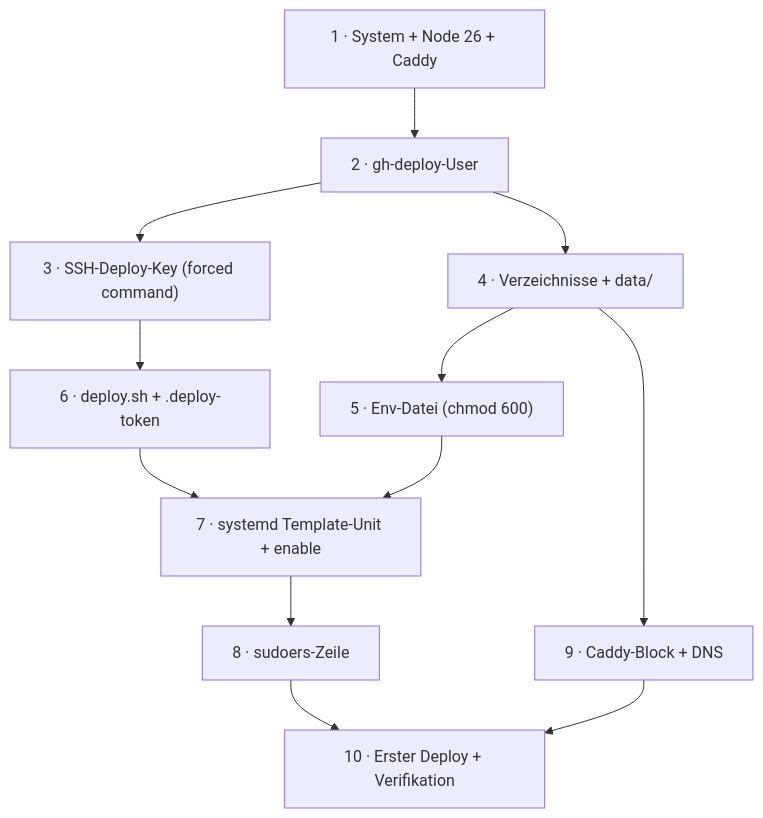
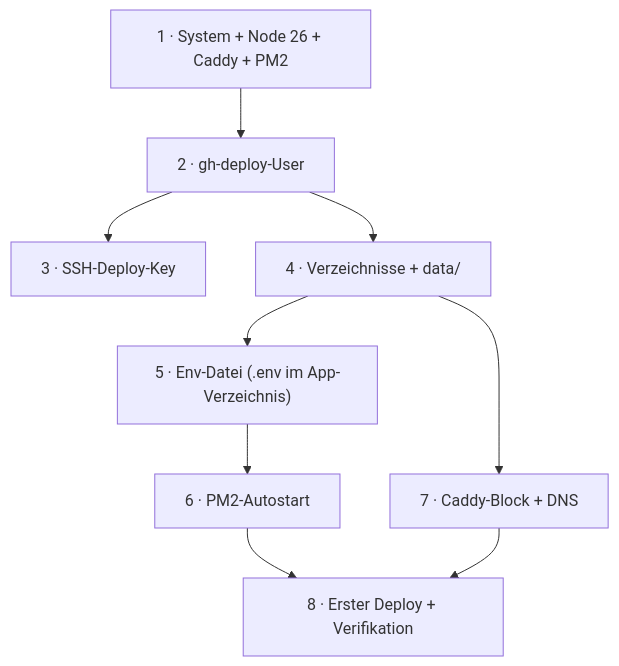
The first of 2 diagrams in docs/server-setup.md (deleonio/priority-pilot), drawn with Mermaid before and after one commit. The commit also changed other lines of this file and 5 other files, not shown here.

````diff
--- a/docs/server-setup.md
+++ b/docs/server-setup.md
@@ -16,14 +13,11 @@
 ```mermaid
 flowchart TB
-    s1["1 · System + Node 26 + Caddy"] --> s2["2 · gh-deploy-User"]
-    s2 --> s3["3 · SSH-Deploy-Key (forced command)"]
+    s1["1 · System + Node 26 + Caddy + PM2"] --> s2["2 · gh-deploy-User"]
+    s2 --> s3["3 · SSH-Deploy-Key"]
     s2 --> s4["4 · Verzeichnisse + data/"]
-    s4 --> s5["5 · Env-Datei (chmod 600)"]
-    s3 --> s6["6 · deploy.sh + .deploy-token"]
-    s5 --> s7["7 · systemd Template-Unit + enable"]
-    s6 --> s7
-    s7 --> s8["8 · sudoers-Zeile"]
-    s4 --> s9["9 · Caddy-Block + DNS"]
-    s8 --> s10["10 · Erster Deploy + Verifikation"]
-    s9 --> s10
+    s4 --> s5["5 · Env-Datei (.env im App-Verzeichnis)"]
+    s5 --> s6["6 · PM2-Autostart"]
+    s4 --> s7["7 · Caddy-Block + DNS"]
+    s6 --> s8["8 · Erster Deploy + Verifikation"]
+    s7 --> s8
 ```
````
